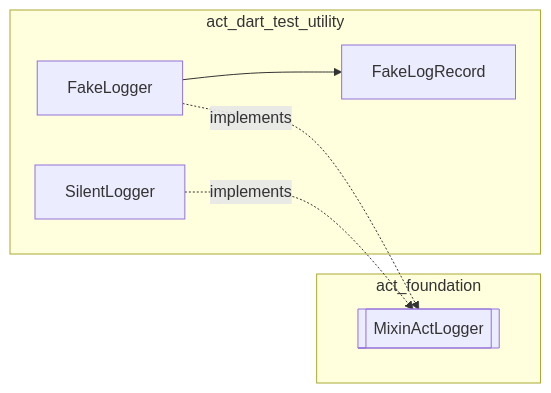
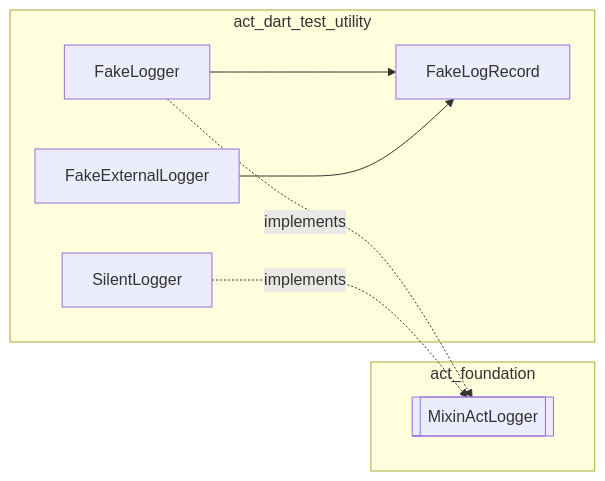
Before and after one commit to All-Circuits-Technologies/ACT-Flutter-Packages: the diagram in dart/act_dart_test_utility/README.md, drawn with Mermaid. The commit also changed other lines of this file and 130 other files, not shown here.

````diff
--- a/dart/act_dart_test_utility/README.md
+++ b/dart/act_dart_test_utility/README.md
@@ -56,14 +61,15 @@
 ```mermaid
 flowchart LR
     subgraph act_foundation
         MixinActLogger[["MixinActLogger"]]
     end
 
     subgraph act_dart_test_utility
         FakeLogger --> FakeLogRecord
         SilentLogger
+        FakeExternalLogger --> FakeLogRecord
     end
 
     FakeLogger -.implements.-> MixinActLogger
     SilentLogger -.implements.-> MixinActLogger
 ```
````
